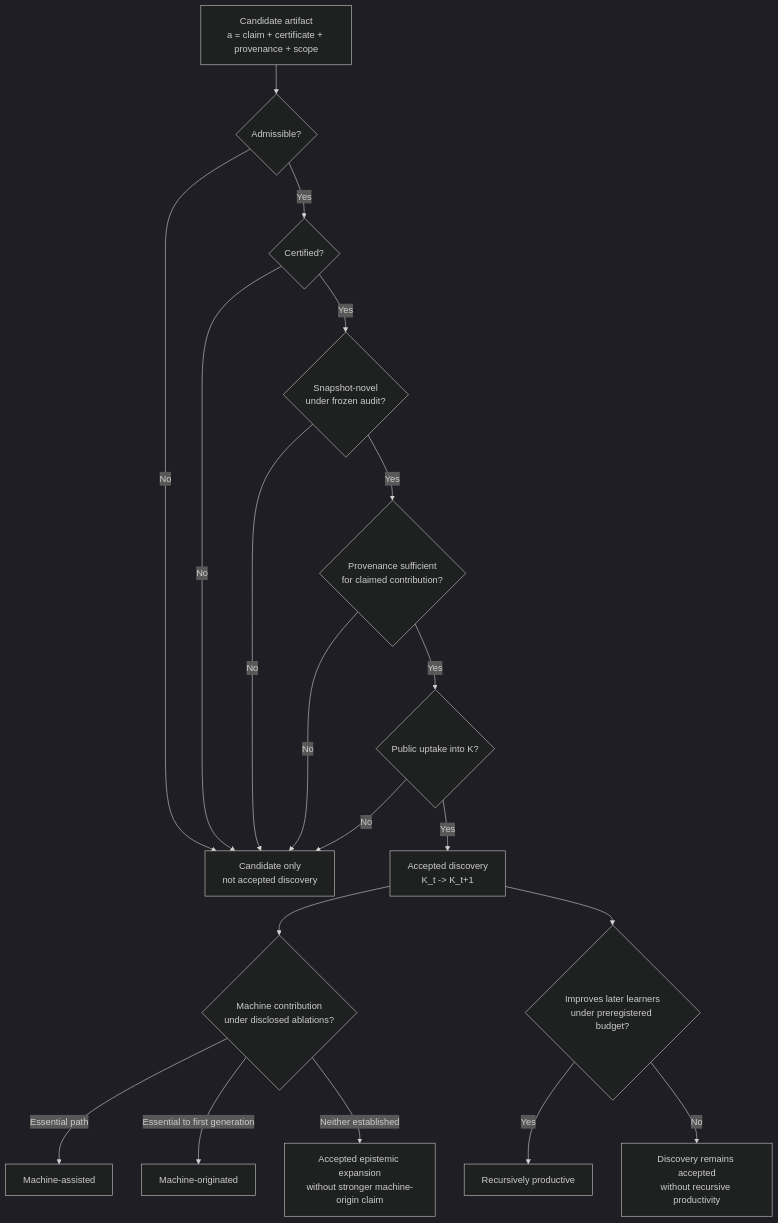
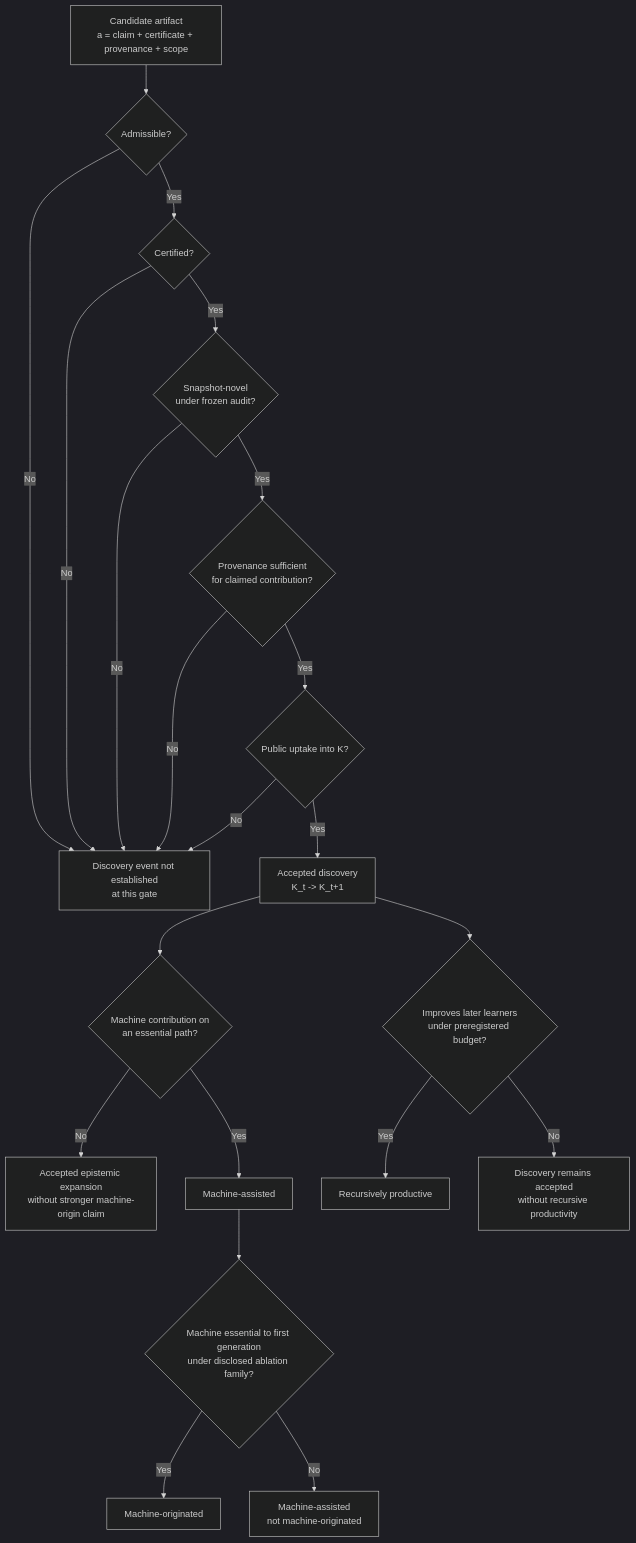
One commit to franklinbaldo/papers changed the diagram in machine_discovery.md. Above: the diagram before and after it, drawn with Mermaid (dark theme). The commit also changed 1 other file, not shown here.

Commit message:
docs: preserve nested machine-discovery classification

````diff
--- a/machine_discovery.md
+++ b/machine_discovery.md
@@ -464,21 +464,23 @@
 ```mermaid
 flowchart TD
     A[Candidate artifact<br/>a = claim + certificate + provenance + scope] --> G1{Admissible?}
-    G1 -- No --> X[Candidate only<br/>not accepted discovery]
+    G1 -- No --> X[Discovery event not established<br/>at this gate]
     G1 -- Yes --> G2{Certified?}
     G2 -- No --> X
     G2 -- Yes --> G3{Snapshot-novel<br/>under frozen audit?}
     G3 -- No --> X
     G3 -- Yes --> G4{Provenance sufficient<br/>for claimed contribution?}
     G4 -- No --> X
     G4 -- Yes --> G5{Public uptake into K?}
     G5 -- No --> X
     G5 -- Yes --> U[Accepted discovery<br/>K_t -> K_t+1]
-    U --> C{Machine contribution<br/>under disclosed ablations?}
-    C -- Essential path --> MA[Machine-assisted]
-    C -- Essential to first generation --> MO[Machine-originated]
-    C -- Neither established --> GE[Accepted epistemic expansion<br/>without stronger machine-origin claim]
+    U --> C{Machine contribution on<br/>an essential path?}
+    C -- No --> GE[Accepted epistemic expansion<br/>without stronger machine-origin claim]
+    C -- Yes --> MA[Machine-assisted]
+    MA --> O{Machine essential to first generation<br/>under disclosed ablation family?}
+    O -- Yes --> MO[Machine-originated]
+    O -- No --> AO[Machine-assisted<br/>not machine-originated]
     U --> R{Improves later learners<br/>under preregistered budget?}
     R -- Yes --> RP[Recursively productive]
     R -- No --> NR[Discovery remains accepted<br/>without recursive productivity]
 ```
````
